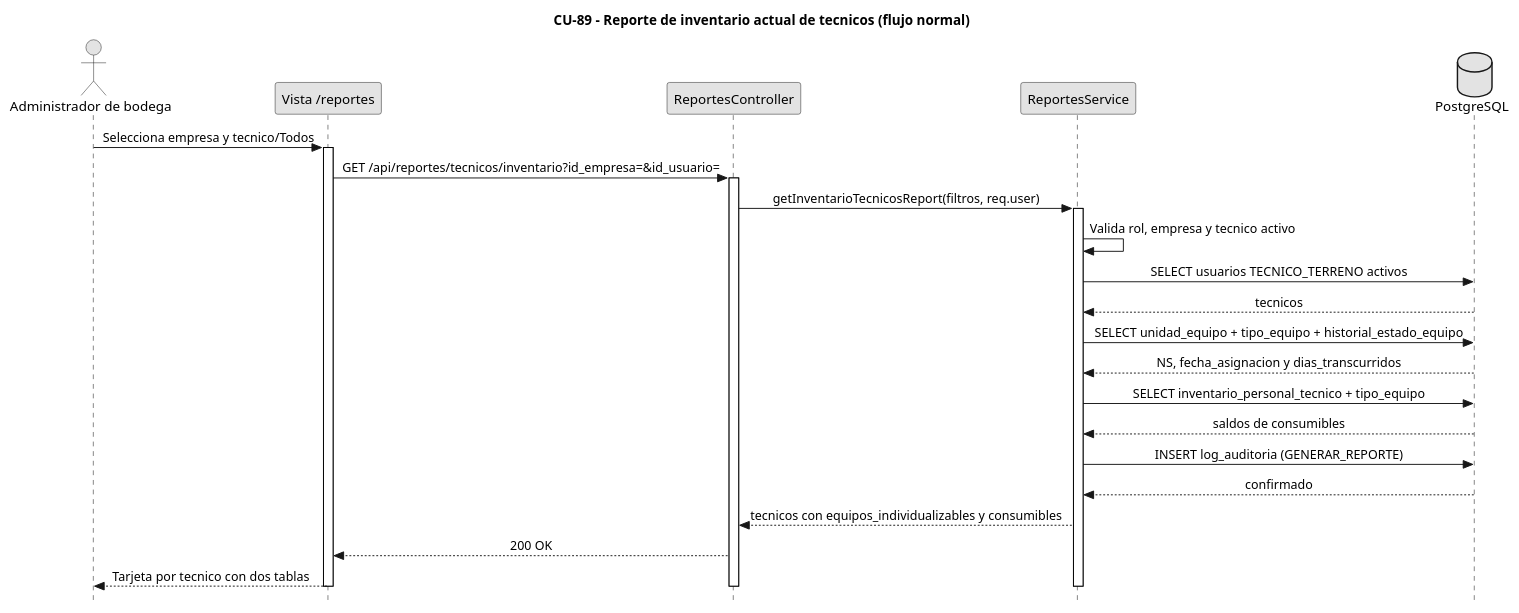
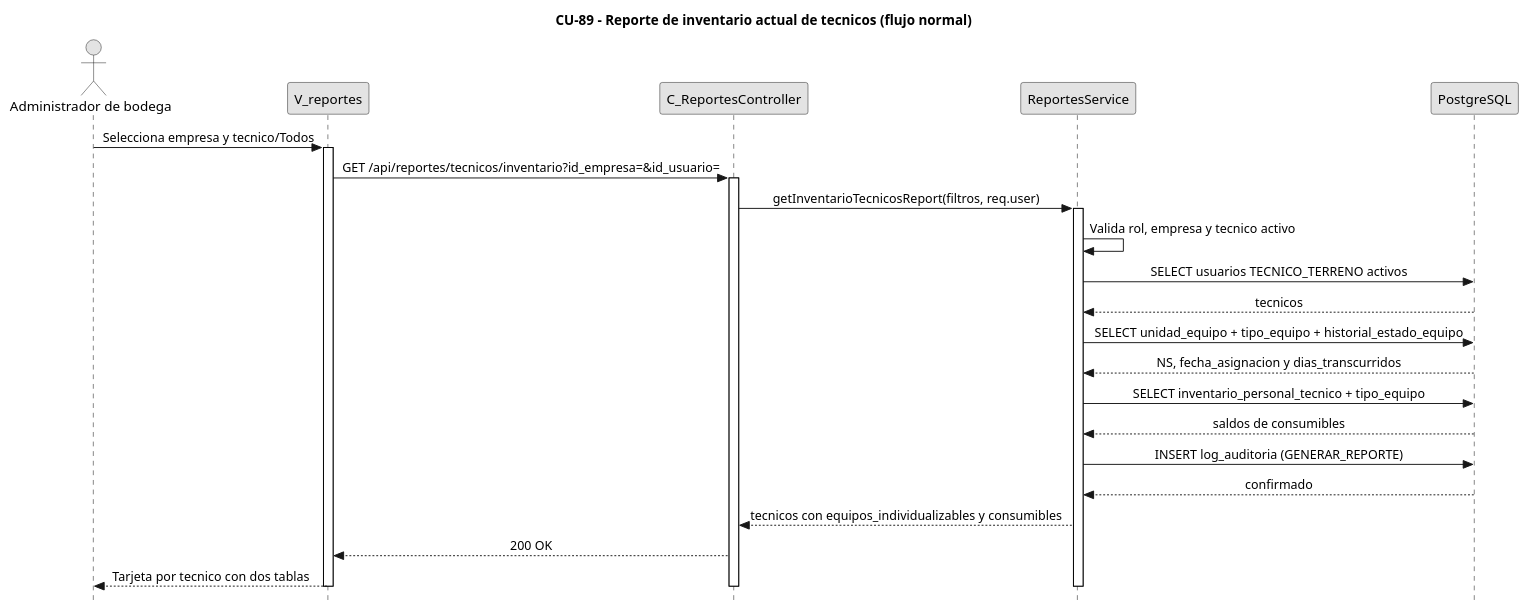
The diagram in diagramas/diagramas-secuencia/CU89/CU89-normal.puml (FSM-Finet-y-Cable-Magico/Team_1-Inventario-y-Bodega), drawn with PlantUML before and after one commit. The commit also changed 14 other files, not shown here.

```diff
--- a/diagramas/diagramas-secuencia/CU89/CU89-normal.puml
+++ b/diagramas/diagramas-secuencia/CU89/CU89-normal.puml
@@ -1,46 +1,46 @@
 @startuml CU89-Inventario-Tecnicos-Normal
 title CU-89 - Reporte de inventario actual de tecnicos (flujo normal)
 skinparam style strictuml
 skinparam monochrome true
 skinparam shadowing false
 skinparam sequenceMessageAlign center
 <style>
 sequenceDiagram {
 	participant { Margin 35 }
 	actor { Margin 15 }
 }
 </style>
 skinparam sequence {
 	MessageAlign center
 	LifeLineBorderColor black
 }
 hide footbox
 
 actor "Administrador de bodega" as Usuario
-participant "Vista /reportes" as V
-participant "ReportesController" as C
+participant "V_reportes" as V
+participant "C_ReportesController" as C
 participant "ReportesService" as SVC
-database "PostgreSQL" as DB
+participant "PostgreSQL" as DB
 
 Usuario -> V : Selecciona empresa y tecnico/Todos
 activate V
 V -> C : GET /api/reportes/tecnicos/inventario?id_empresa=&id_usuario=
 activate C
 C -> SVC : getInventarioTecnicosReport(filtros, req.user)
 activate SVC
 SVC -> SVC : Valida rol, empresa y tecnico activo
 SVC -> DB : SELECT usuarios TECNICO_TERRENO activos
 DB --> SVC : tecnicos
 SVC -> DB : SELECT unidad_equipo + tipo_equipo + historial_estado_equipo
 DB --> SVC : NS, fecha_asignacion y dias_transcurridos
 SVC -> DB : SELECT inventario_personal_tecnico + tipo_equipo
 DB --> SVC : saldos de consumibles
 SVC -> DB : INSERT log_auditoria (GENERAR_REPORTE)
 DB --> SVC : confirmado
 SVC --> C : tecnicos con equipos_individualizables y consumibles
 C --> V : 200 OK
 V --> Usuario : Tarjeta por tecnico con dos tablas
  deactivate SVC
  deactivate C
  deactivate V
 @enduml
```
